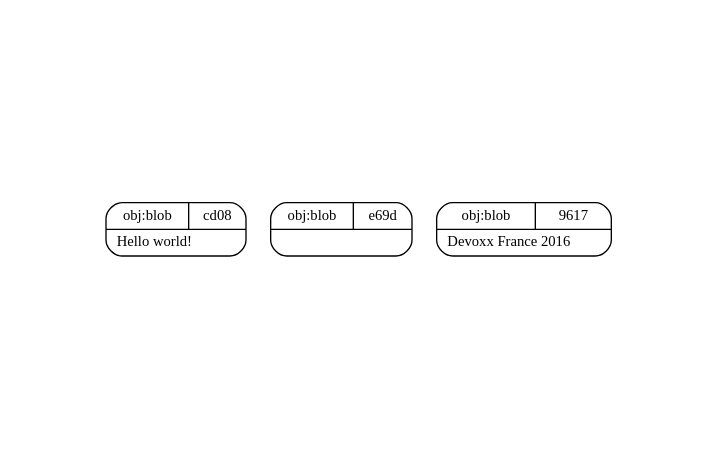
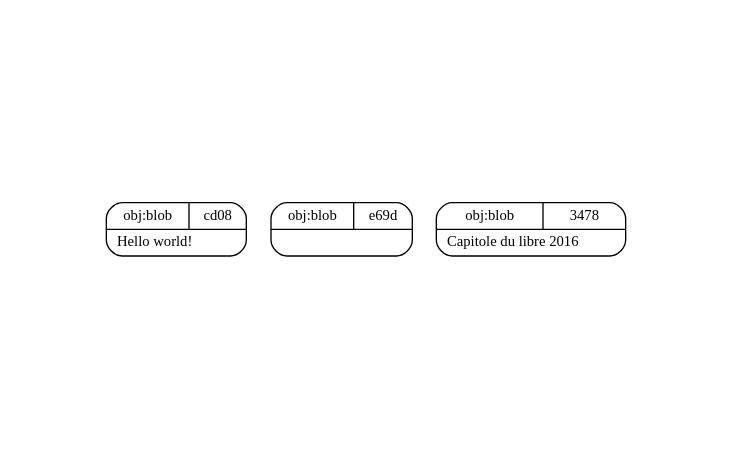
One commit to zigarn/git-internals changed the diagram in create_blobs.dot. Above: the diagram before and after it, drawn with Graphviz. The commit also changed 10 other files, not shown here.

Commit message:
Adapt for 'Capitole du libre 2016'

```diff
--- a/create_blobs.dot
+++ b/create_blobs.dot
@@ -1,8 +1,8 @@
 digraph structs {
   pad="1,2";
   node [shape=record,fontsize=11];
   rankdir="TB";
   _cd08 [fillcolor="white", style="filled,rounded", label="{{obj:blob|cd08}|Hello\ world\!\l}"]
   _e69d [fillcolor="white", style="filled,rounded", label="{{obj:blob|e69d}|}"]
-  _9617 [fillcolor="white", style="filled,rounded", label="{{obj:blob|9617}|Devoxx\ France\ 2016\l}"]
+  _3478 [fillcolor="white", style="filled,rounded", label="{{obj:blob|3478}|Capitole\ du\ libre\ 2016\l}"]
 }
```
